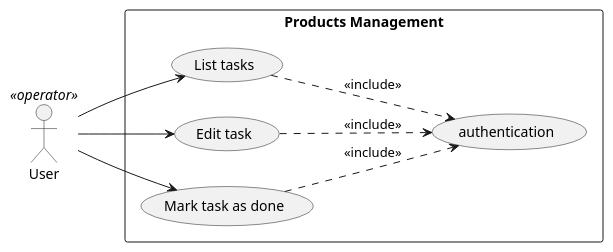
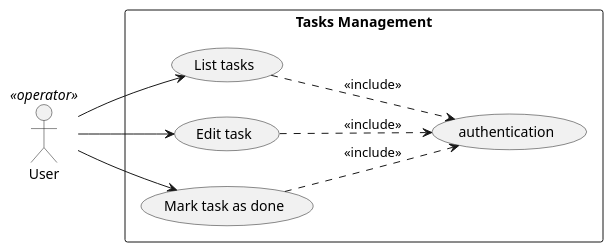
Before and after one commit to Xwyk/todoco: the diagram in diagrams/UseCases/UseCase_TaskManagement.puml, drawn with PlantUML. The commit also changed 1 other file, not shown here.

Commit message:
CI update sonarqube & add png diagrams

```diff
--- a/diagrams/UseCases/UseCase_TaskManagement.puml
+++ b/diagrams/UseCases/UseCase_TaskManagement.puml
@@ -1,21 +1,21 @@
 @startuml
 left to right direction
 
 User    <<operator>> as user
 
-rectangle "Products Management" {
+rectangle "Tasks Management" {
   (List tasks) as listTasks
   (Edit task) as editTask
   (Mark task as done) as markDone
   (authentication) as auth
 }
 
 user --> listTasks
 user --> editTask
 user --> markDone
 
 listTasks ..> auth : <<include>>
 editTask ..> auth : <<include>>
 markDone ..> auth : <<include>>
 
 @enduml
```
